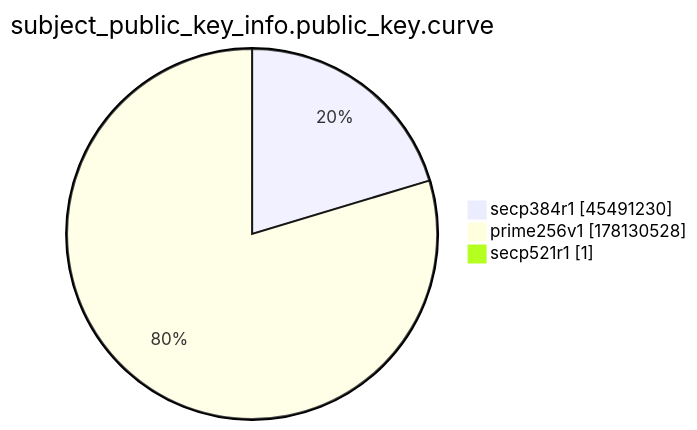
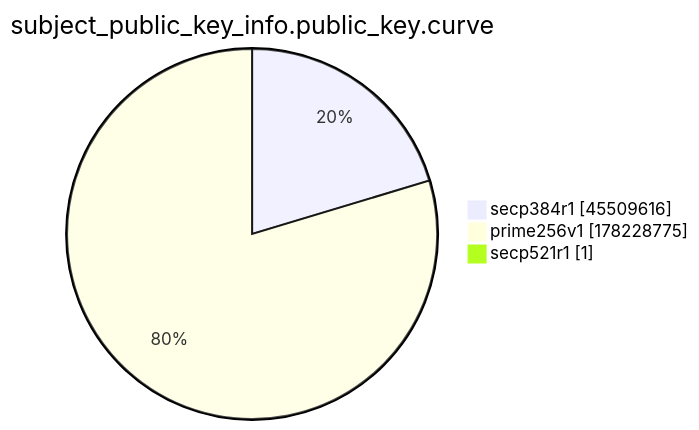
Before and after one commit to christiankrug/ctmonitor_visualization: the ninth of 15 diagrams in xenon2022/README.md, drawn with Mermaid. The commit also changed other lines of this file, not shown here.

````diff
--- a/xenon2022/README.md
+++ b/xenon2022/README.md
@@ -2873,7 +2873,7 @@
 ```mermaid
 pie showData
 title subject_public_key_info.public_key.curve
-"secp384r1" :45491230
-"prime256v1" :178130528
+"secp384r1" :45509616
+"prime256v1" :178228775
 "secp521r1" :1
 ```
````
